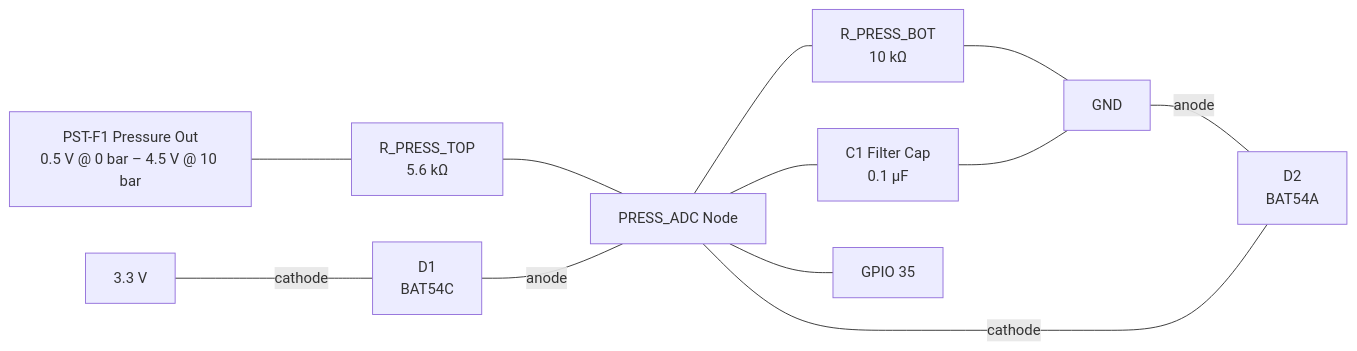
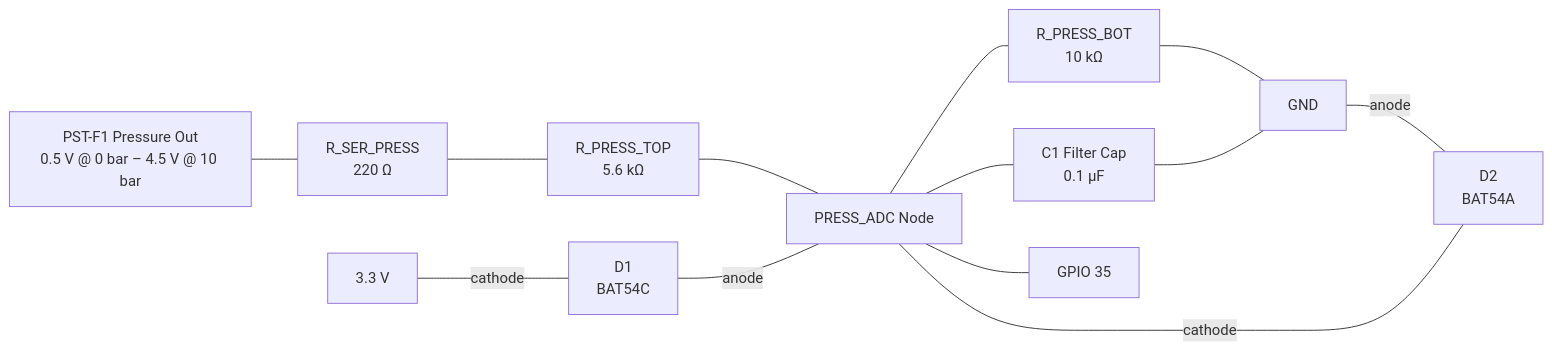
Before and after one commit to DinoLeung/can-bus-injector: the first of 2 diagrams in bolt-on-bosch-pst-f-1/README.md, drawn with Mermaid. The commit also changed other lines of this file and 4 other files, not shown here.

````diff
--- a/bolt-on-bosch-pst-f-1/README.md
+++ b/bolt-on-bosch-pst-f-1/README.md
@@ -41,22 +41,23 @@
 ``` mermaid
 flowchart LR
   PSTF1_P["PST-F1 Pressure Out<br/>0.5 V @ 0 bar – 4.5 V @ 10 bar"]
   PRESS_ADC["PRESS_ADC Node"]
+  R_SER_PRESS["R_SER_PRESS<br/>220 Ω"]
   R_PRESS_TOP["R_PRESS_TOP<br/>5.6 kΩ"]
   R_PRESS_BOT["R_PRESS_BOT<br/>10 kΩ"]
   D1["D1<br/>BAT54C"]
   D2["D2<br/>BAT54A"]
   C1["C1 Filter Cap<br/>0.1 µF"]
   GND["GND"]
   VCC["3.3 V"]
   GPIO["GPIO 35"]
 
-  PSTF1_P --- R_PRESS_TOP --- PRESS_ADC
+  PSTF1_P --- R_SER_PRESS --- R_PRESS_TOP --- PRESS_ADC
   VCC ---|cathode| D1
   D1 ---|anode| PRESS_ADC
   GND ---|anode| D2
   D2 ---|cathode| PRESS_ADC
   PRESS_ADC --- R_PRESS_BOT --- GND
   PRESS_ADC --- C1 --- GND
   PRESS_ADC --- GPIO
 ```
````
